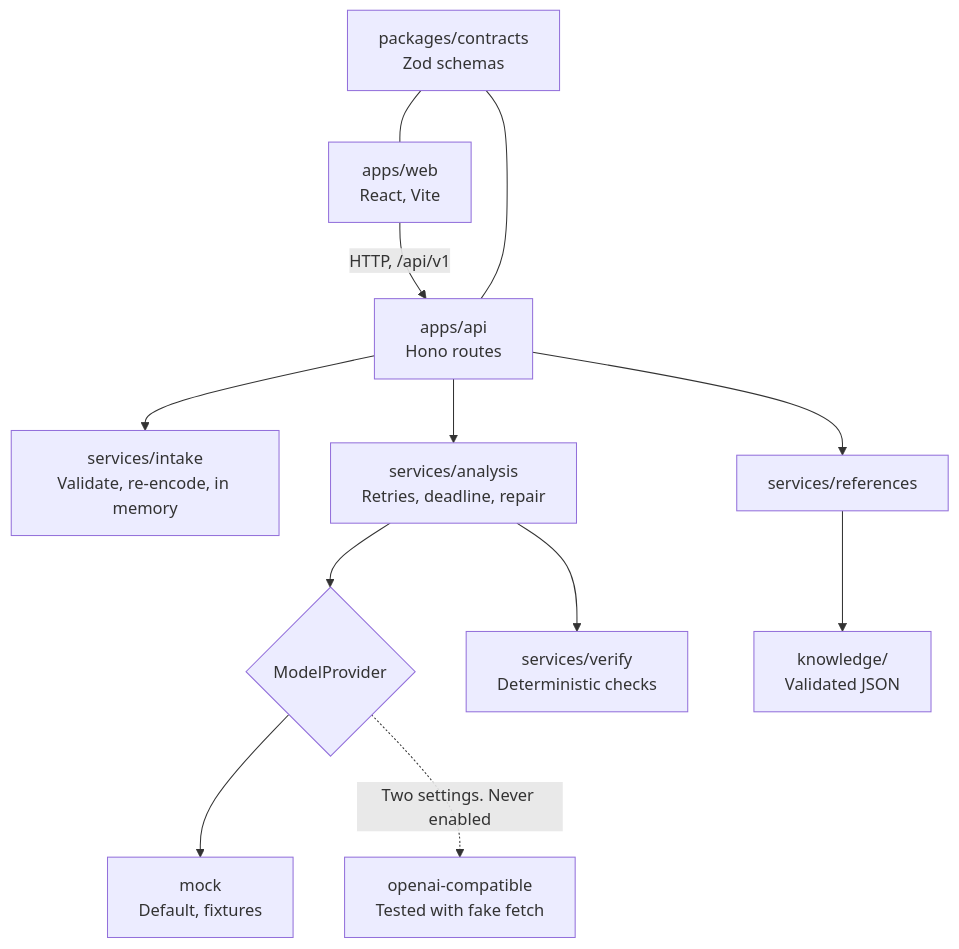
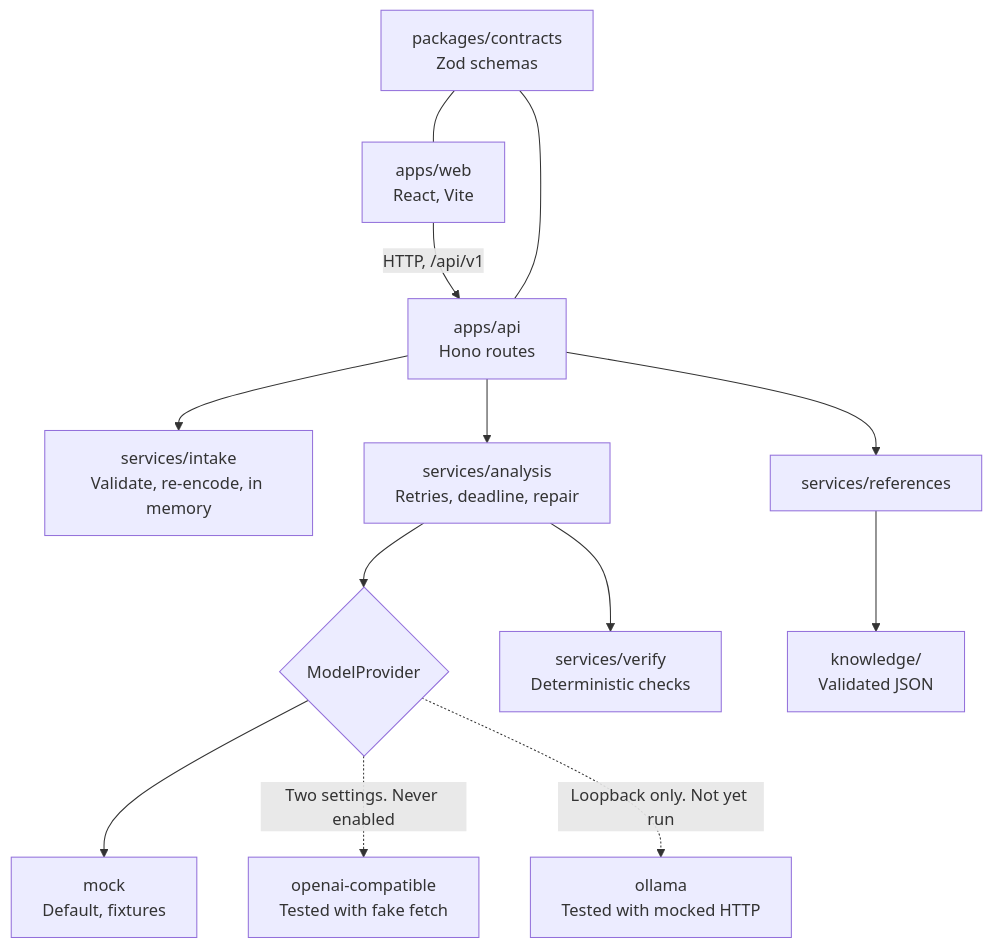
The first of 4 diagrams in docs/SYSTEM_ARCHITECTURE.md (susmitaPersonal/PALEON), drawn with Mermaid before and after one commit. The commit also changed other lines of this file and 12 other files, not shown here.

````diff
--- a/docs/SYSTEM_ARCHITECTURE.md
+++ b/docs/SYSTEM_ARCHITECTURE.md
@@ -13,14 +13,15 @@
 ```mermaid
 flowchart TD
     Web["apps/web<br/>React, Vite"] -->|"HTTP, /api/v1"| App["apps/api<br/>Hono routes"]
     App --> Intake["services/intake<br/>Validate, re-encode, in memory"]
     App --> Analysis["services/analysis<br/>Retries, deadline, repair"]
     Analysis --> Provider{"ModelProvider"}
     Provider --> Mock["mock<br/>Default, fixtures"]
     Provider -.->|"Two settings. Never enabled"| Real["openai-compatible<br/>Tested with fake fetch"]
+    Provider -.->|"Loopback only. Not yet run"| Local["ollama<br/>Tested with mocked HTTP"]
     Analysis --> Verify["services/verify<br/>Deterministic checks"]
     App --> Ref["services/references"]
     Ref --> Know["knowledge/<br/>Validated JSON"]
     Contracts["packages/contracts<br/>Zod schemas"] --- Web
     Contracts --- App
 ```
````
